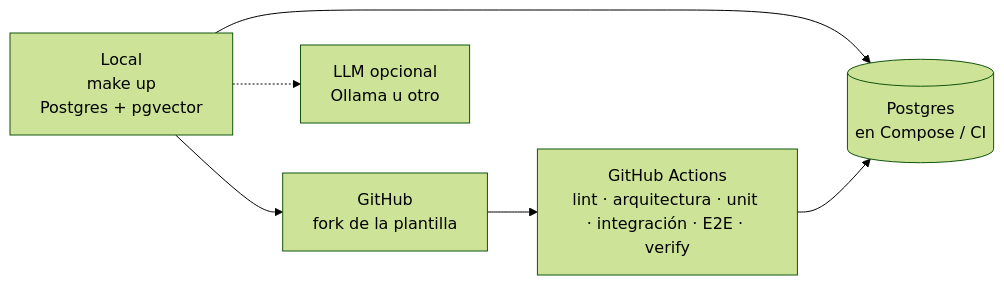
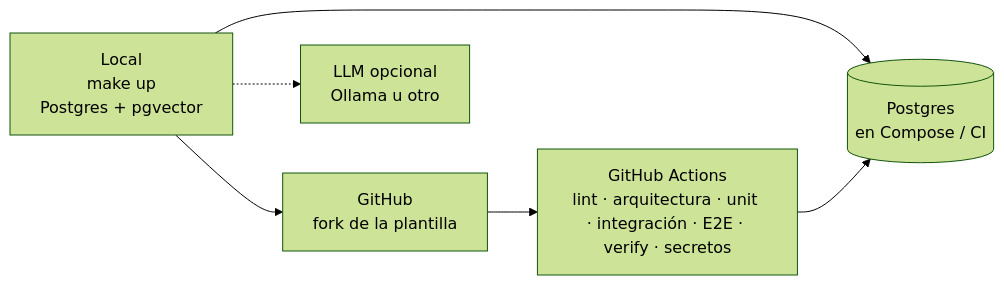
The second of 3 diagrams in readme.md (DisTinta/AI4Devs-finalproject), drawn with Mermaid (forest theme) before and after one commit. The commit also changed other lines of this file and 3 other files, not shown here.

````diff
--- a/readme.md
+++ b/readme.md
@@ -539,13 +539,13 @@
 ```mermaid
 flowchart LR
     DEV["Local<br/>make up<br/>Postgres + pgvector"]
     GH["GitHub<br/>fork de la plantilla"]
-    CI["GitHub Actions<br/>lint · arquitectura · unit · integración · E2E · verify"]
+    CI["GitHub Actions<br/>lint · arquitectura · unit · integración · E2E · verify · secretos"]
     DB[("Postgres<br/>en Compose / CI")]
     LLM["LLM opcional<br/>Ollama u otro"]
 
     DEV --> GH --> CI
     DEV --> DB
     CI --> DB
     DEV -.-> LLM
 ```
````
